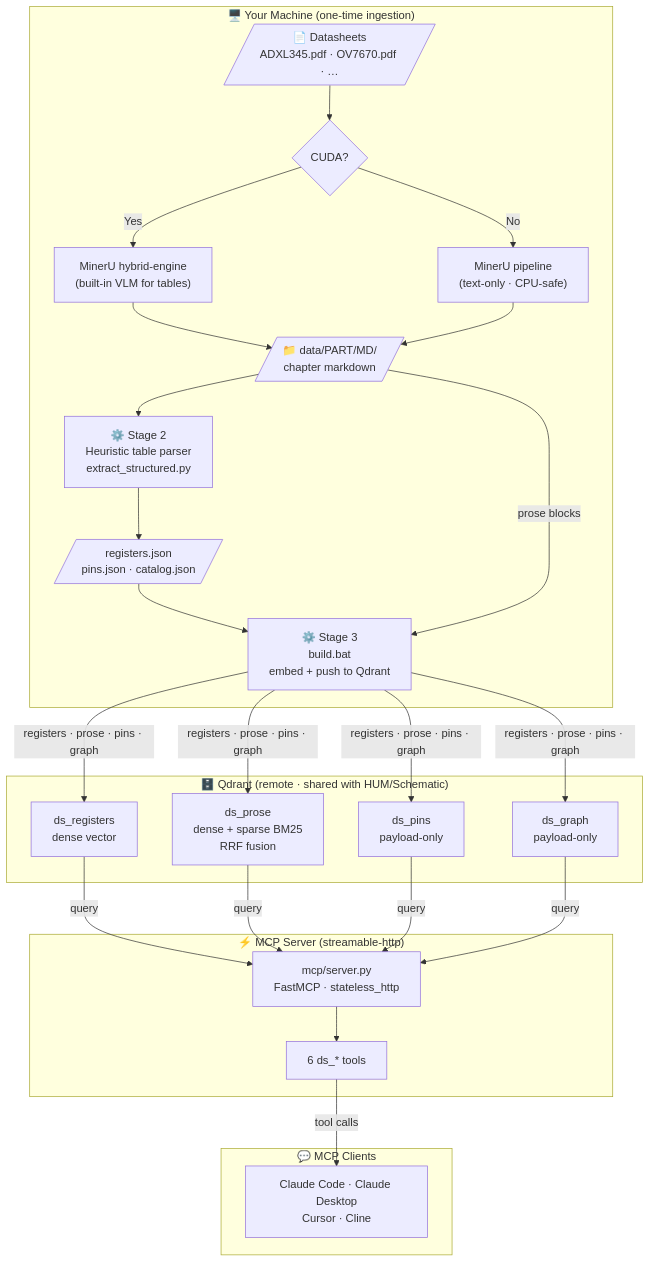
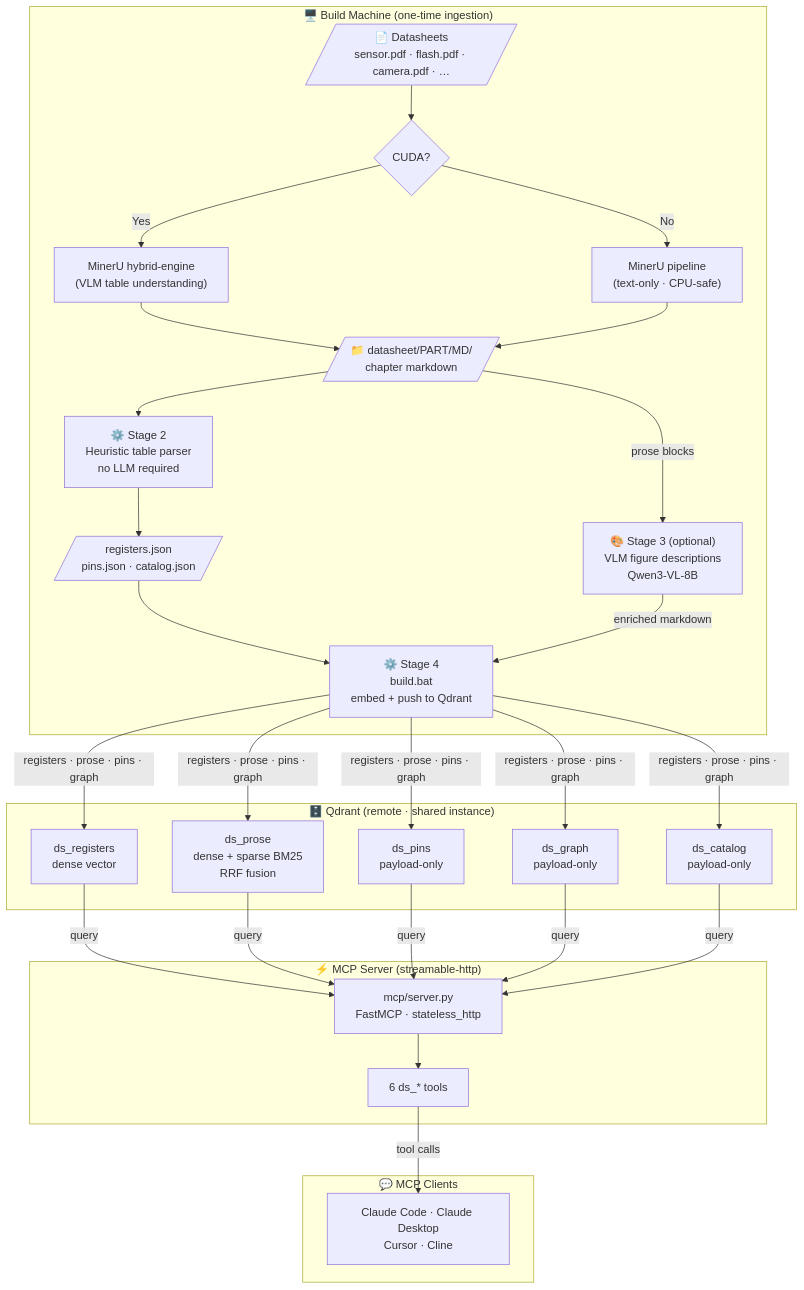
The first of 2 diagrams in README.md (hungnguyen1503/datasheet-mcp), drawn with Mermaid before and after one commit. The commit also changed other lines of this file and 1 other file, not shown here.

First line of the commit message:
docs: comprehensive README with architecture diagrams, add USAGE.md

````diff
--- a/README.md
+++ b/README.md
@@ -40,38 +46,40 @@
 ```mermaid
 graph TB
-    subgraph Build["🖥️ Your Machine  (one-time ingestion)"]
-        PDF[/"📄 Datasheets<br/>ADXL345.pdf · OV7670.pdf · …"/]
+    subgraph Build["🖥️ Build Machine  (one-time ingestion)"]
+        PDF[/"📄 Datasheets<br/>sensor.pdf · flash.pdf · camera.pdf · …"/]
         GPU{"CUDA?"}
-        S1H["MinerU hybrid-engine<br/>(built-in VLM for tables)"]
+        S1H["MinerU hybrid-engine<br/>(VLM table understanding)"]
         S1P["MinerU pipeline<br/>(text-only · CPU-safe)"]
-        MD[/"📁 data/PART/MD/<br/>chapter markdown"/]
-        S2["⚙️ Stage 2<br/>Heuristic table parser<br/>extract_structured.py"]
+        MD[/"📁 datasheet/PART/MD/<br/>chapter markdown"/]
+        S2["⚙️ Stage 2<br/>Heuristic table parser<br/>no LLM required"]
         JSON[/"registers.json<br/>pins.json · catalog.json"/]
-        S3["⚙️ Stage 3<br/>build.bat<br/>embed + push to Qdrant"]
+        S3["🎨 Stage 3 (optional)<br/>VLM figure descriptions<br/>Qwen3-VL-8B"]
+        S4["⚙️ Stage 4<br/>build.bat<br/>embed + push to Qdrant"]
     end
 
-    subgraph DB["🗄️ Qdrant  (remote · shared with HUM/Schematic)"]
+    subgraph DB["🗄️ Qdrant  (remote · shared instance)"]
         R["ds_registers<br/>dense vector"]
         P["ds_prose<br/>dense + sparse BM25<br/>RRF fusion"]
         PI["ds_pins<br/>payload-only"]
         G["ds_graph<br/>payload-only"]
+        C["ds_catalog<br/>payload-only"]
     end
 
     subgraph Server["⚡ MCP Server  (streamable-http)"]
         SRV["mcp/server.py<br/>FastMCP · stateless_http"]
         TOOLS["6 ds_* tools"]
     end
 
     subgraph Clients["💬 MCP Clients"]
         CLI["Claude Code · Claude Desktop<br/>Cursor · Cline"]
     end
 
     PDF --> GPU
     GPU -- "Yes" --> S1H --> MD
     GPU -- "No"  --> S1P --> MD
-    MD --> S2 --> JSON --> S3
-    MD -->|"prose blocks"| S3
-    S3 -->|"registers · prose · pins · graph"| R & P & PI & G
-    R & P & PI & G -->|"query"| SRV
+    MD --> S2 --> JSON --> S4
+    MD -->|"prose blocks"| S3 -->|"enriched markdown"| S4
+    S4 -->|"registers · prose · pins · graph"| R & P & PI & G & C
+    R & P & PI & G & C -->|"query"| SRV
     SRV --> TOOLS -->|"tool calls"| CLI
 ```
````
